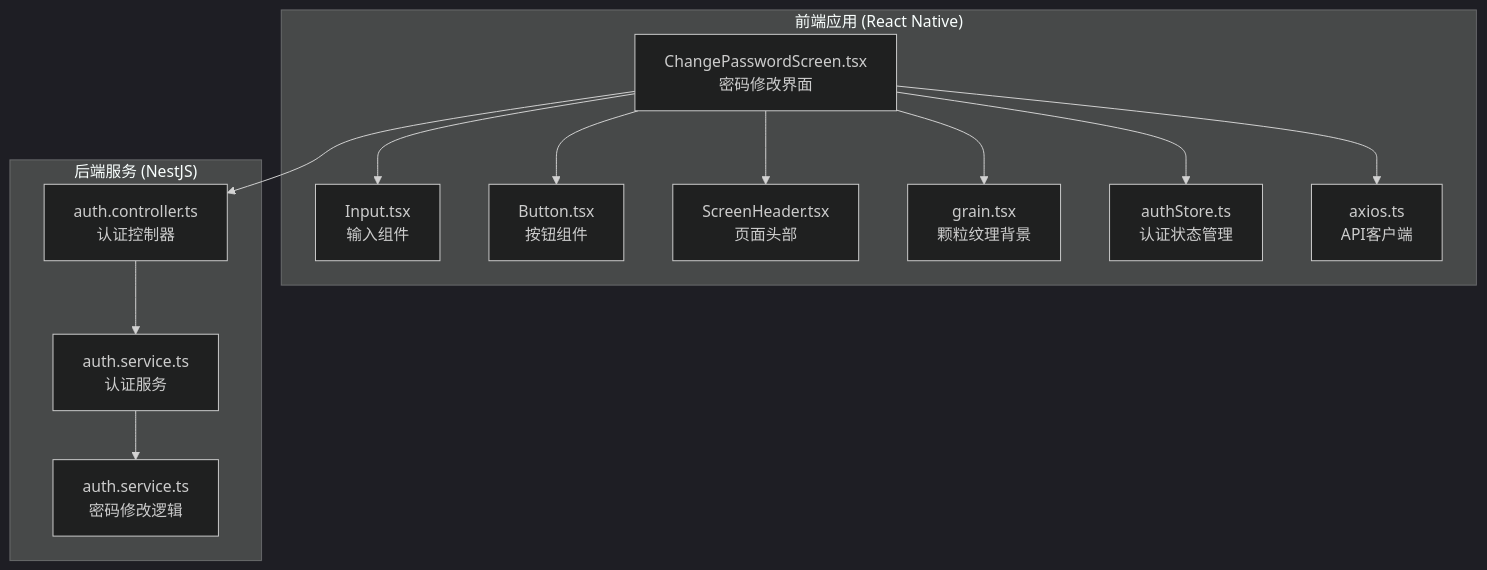
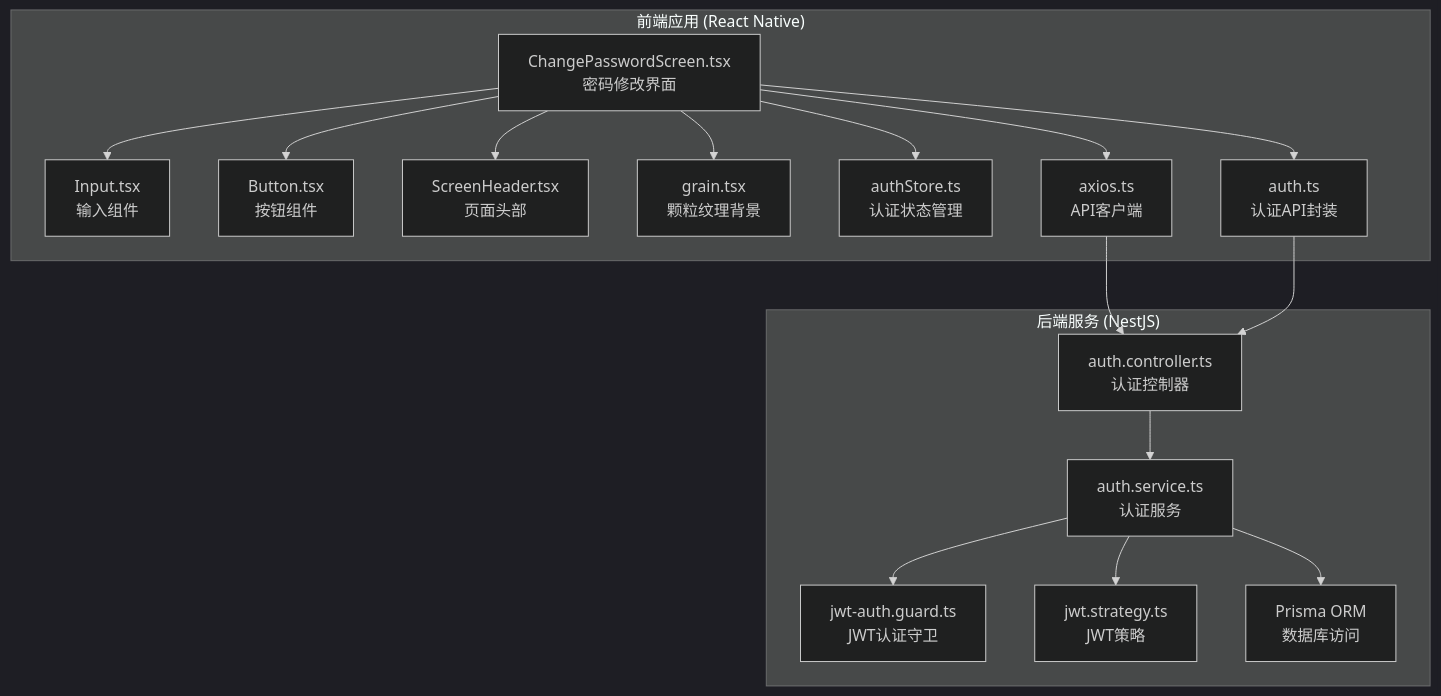
The first of 7 diagrams in .qoder/repowiki/zh/content/前端开发指南/页面架构/认证页面/密码修改界面.md (lsqwawa/free-dress), drawn with Mermaid (dark theme) before and after one commit. The commit also changed other lines of this file and 55 other files, not shown here.

````diff
--- a/.qoder/repowiki/zh/content/前端开发指南/页面架构/认证页面/密码修改界面.md
+++ b/.qoder/repowiki/zh/content/前端开发指南/页面架构/认证页面/密码修改界面.md
@@ -37,26 +49,33 @@
 ```mermaid
 graph TB
 subgraph "前端应用 (React Native)"
 A[ChangePasswordScreen.tsx<br/>密码修改界面]
 B[Input.tsx<br/>输入组件]
 C[Button.tsx<br/>按钮组件]
 D[ScreenHeader.tsx<br/>页面头部]
 E[grain.tsx<br/>颗粒纹理背景]
 F[authStore.ts<br/>认证状态管理]
 G[axios.ts<br/>API客户端]
+H[auth.ts<br/>认证API封装]
 end
 subgraph "后端服务 (NestJS)"
-H[auth.controller.ts<br/>认证控制器]
-I[auth.service.ts<br/>认证服务]
-J[auth.service.ts<br/>密码修改逻辑]
+I[auth.controller.ts<br/>认证控制器]
+J[auth.service.ts<br/>认证服务]
+K[jwt-auth.guard.ts<br/>JWT认证守卫]
+L[jwt.strategy.ts<br/>JWT策略]
+M[Prisma ORM<br/>数据库访问]
 end
 A --> B
 A --> C
 A --> D
 A --> E
 A --> F
 A --> G
 A --> H
+G --> I
 H --> I
 I --> J
+J --> K
+J --> L
+J --> M
 ```
````
